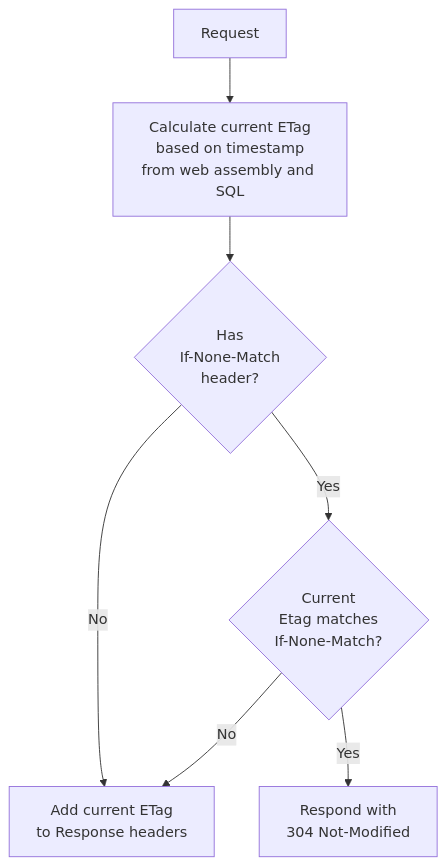
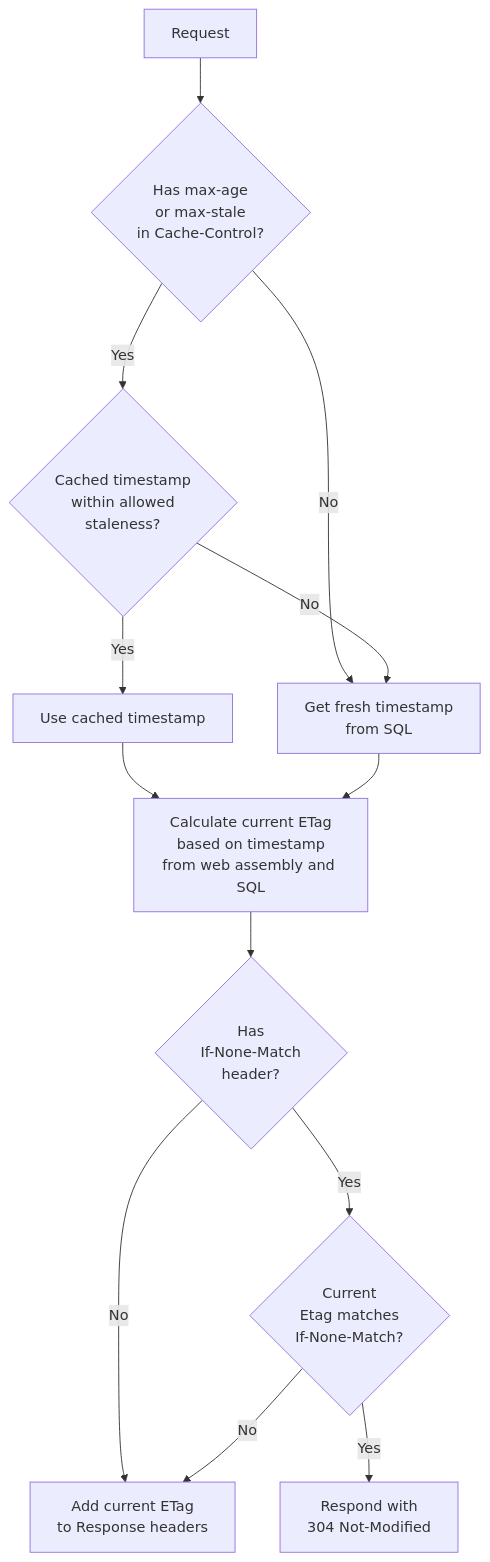
The diagram in readme.md (SimonCropp/Delta), drawn with Mermaid before and after one commit. The commit also changed other lines of this file and 4 other files, not shown here.

Commit message:
Add max age and max stale support (#361)

````diff
--- a/readme.md
+++ b/readme.md
@@ -54,15 +54,25 @@
 ```mermaid
 graph TD
     Request
+    HasMaxAge{Has max-age<br/>or max-stale<br/>in Cache-Control?}
+    CacheValid{Cached timestamp<br/>within allowed<br/>staleness?}
+    FreshTimestamp[Get fresh timestamp<br/>from SQL]
+    UseCached[Use cached timestamp]
     CalculateEtag[Calculate current ETag<br/>based on timestamp<br/>from web assembly and SQL]
     IfNoneMatch{Has<br/>If-None-Match<br/>header?}
     EtagMatch{Current<br/>Etag matches<br/>If-None-Match?}
     AddETag[Add current ETag<br/>to Response headers]
     304[Respond with<br/>304 Not-Modified]
-    Request --> CalculateEtag
+    Request --> HasMaxAge
+    HasMaxAge -->|Yes| CacheValid
+    HasMaxAge -->|No| FreshTimestamp
+    CacheValid -->|Yes| UseCached
+    CacheValid -->|No| FreshTimestamp
+    UseCached --> CalculateEtag
+    FreshTimestamp --> CalculateEtag
     CalculateEtag --> IfNoneMatch
     IfNoneMatch -->|Yes| EtagMatch
     IfNoneMatch -->|No| AddETag
     EtagMatch -->|No| AddETag
     EtagMatch -->|Yes| 304
 ```
````
